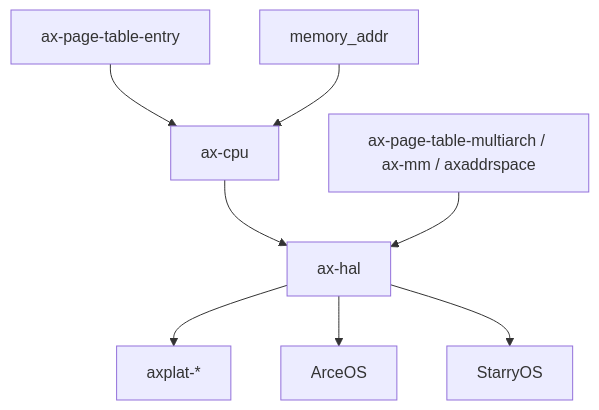
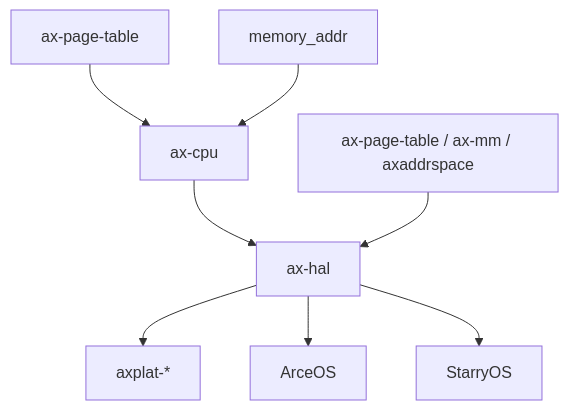
One commit to rcore-os/tgoskits changed the diagram in docs/docs/components/crates/ax-cpu.md. Above: the diagram before and after it, drawn with Mermaid. The commit also changed other lines of this file and 386 other files, not shown here.

Commit message:
refactor(memory): consolidate page-table, allocator, and VM policy layers

````diff
--- a/docs/docs/components/crates/ax-cpu.md
+++ b/docs/docs/components/crates/ax-cpu.md
@@ -187,10 +187,10 @@
 ```mermaid
 graph TD
-    A[ax-page-table-entry] --> B[ax-cpu]
+    A[ax-page-table] --> B[ax-cpu]
     C[memory_addr] --> B
     B --> D[ax-hal]
     D --> E[axplat-*]
     D --> F[ArceOS]
     D --> G[StarryOS]
-    H[ax-page-table-multiarch / ax-mm / axaddrspace] --> D
+    H[ax-page-table / ax-mm / axaddrspace] --> D
 ```
````
